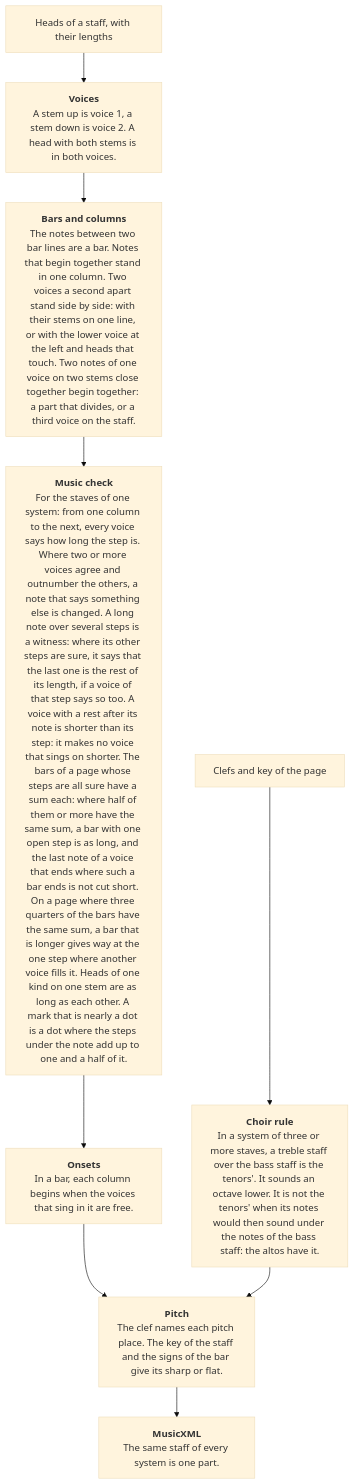
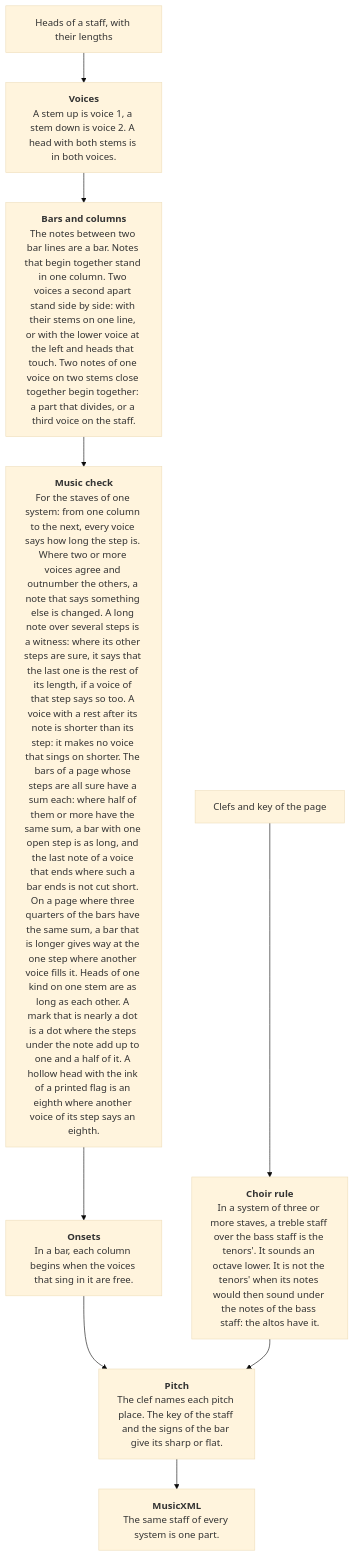
The ninth of 12 diagrams in README.md (sweet-cicero/ScoreReader), drawn with Mermaid (base theme) before and after one commit. The commit also changed other lines of this file and 3 other files, not shown here.

First line of the commit message:
A ring with a printed flag, the thin beam beside a letter, a sharp that touches its head

````diff
--- a/README.md
+++ b/README.md
@@ -262,11 +262,11 @@
 ```mermaid
 flowchart TD
     heads["Heads of a staff, with their lengths"] --> voices["<b>Voices</b><br/>A stem up is voice 1, a stem down is voice 2. A head with both stems is in both voices."]
     voices --> columns["<b>Bars and columns</b><br/>The notes between two bar lines are a bar. Notes that begin together stand in one column. Two voices a second apart stand side by side: with their stems on one line, or with the lower voice at the left and heads that touch. Two notes of one voice on two stems close together begin together: a part that divides, or a third voice on the staff."]
-    columns --> check["<b>Music check</b><br/>For the staves of one system: from one column to the next, every voice says how long the step is. Where two or more voices agree and outnumber the others, a note that says something else is changed. A long note over several steps is a witness: where its other steps are sure, it says that the last one is the rest of its length, if a voice of that step says so too. A voice with a rest after its note is shorter than its step: it makes no voice that sings on shorter. The bars of a page whose steps are all sure have a sum each: where half of them or more have the same sum, a bar with one open step is as long, and the last note of a voice that ends where such a bar ends is not cut short. On a page where three quarters of the bars have the same sum, a bar that is longer gives way at the one step where another voice fills it. Heads of one kind on one stem are as long as each other. A mark that is nearly a dot is a dot where the steps under the note add up to one and a half of it."]
+    columns --> check["<b>Music check</b><br/>For the staves of one system: from one column to the next, every voice says how long the step is. Where two or more voices agree and outnumber the others, a note that says something else is changed. A long note over several steps is a witness: where its other steps are sure, it says that the last one is the rest of its length, if a voice of that step says so too. A voice with a rest after its note is shorter than its step: it makes no voice that sings on shorter. The bars of a page whose steps are all sure have a sum each: where half of them or more have the same sum, a bar with one open step is as long, and the last note of a voice that ends where such a bar ends is not cut short. On a page where three quarters of the bars have the same sum, a bar that is longer gives way at the one step where another voice fills it. Heads of one kind on one stem are as long as each other. A mark that is nearly a dot is a dot where the steps under the note add up to one and a half of it. A hollow head with the ink of a printed flag is an eighth where another voice of its step says an eighth."]
     check --> onsets["<b>Onsets</b><br/>In a bar, each column begins when the voices that sing in it are free."]
     onsets --> pitch["<b>Pitch</b><br/>The clef names each pitch place. The key of the staff and the signs of the bar give its sharp or flat."]
     clefs["Clefs and key of the page"] --> tenor["<b>Choir rule</b><br/>In a system of three or more staves, a treble staff over the bass staff is the tenors'. It sounds an octave lower. It is not the tenors' when its notes would then sound under the notes of the bass staff: the altos have it."]
     tenor --> pitch
     pitch --> xml["<b>MusicXML</b><br/>The same staff of every system is one part."]
 ```
````
